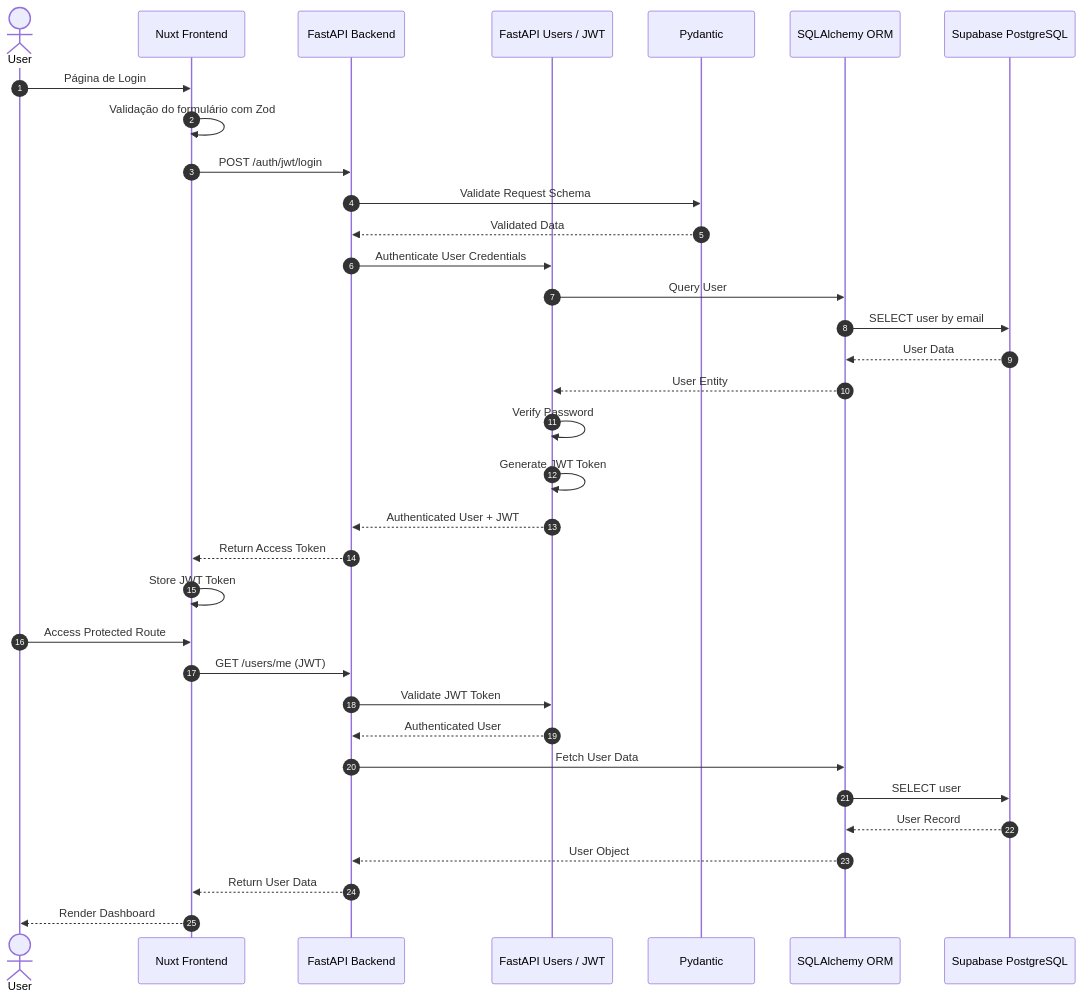
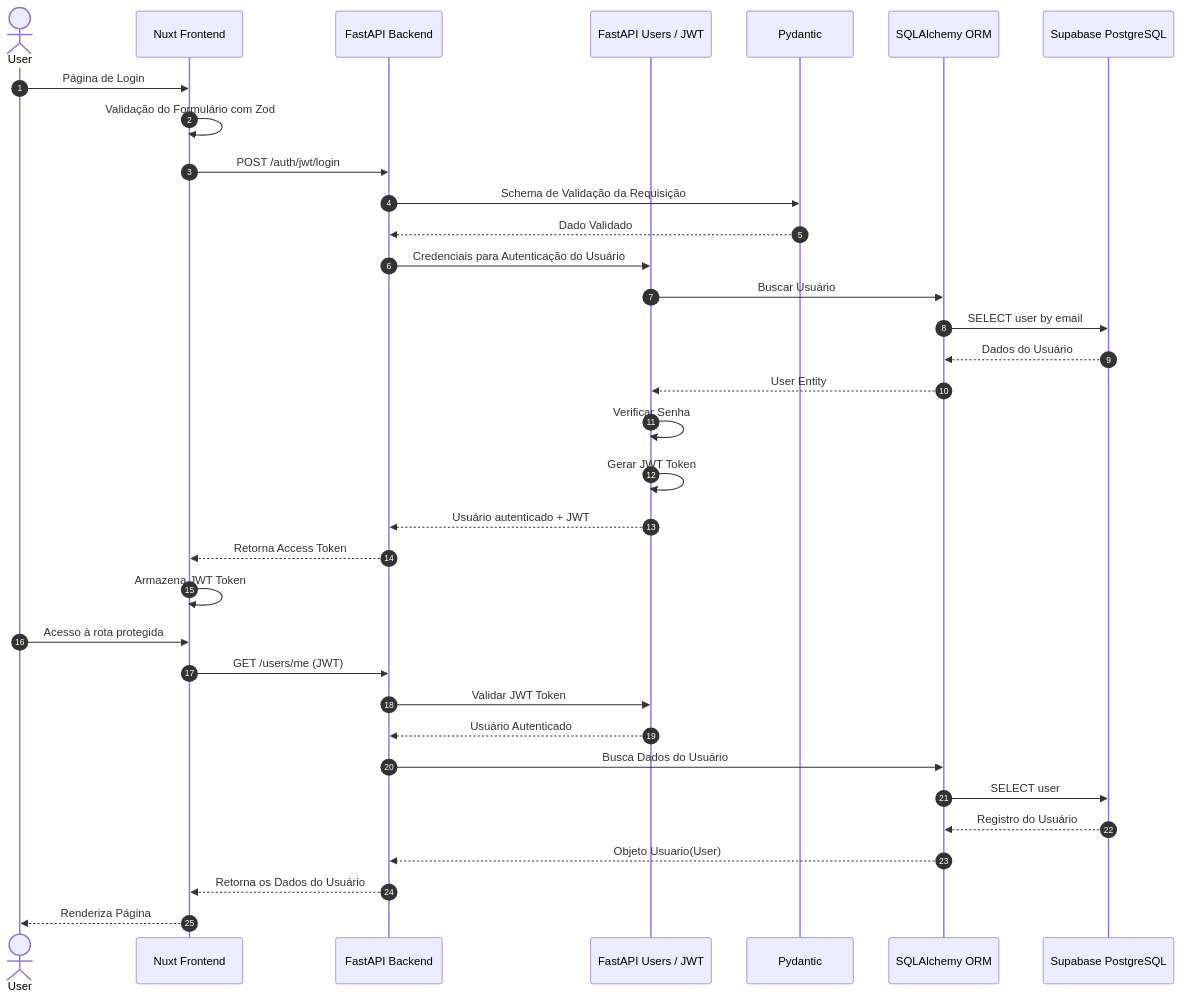
The second of 2 diagrams in README.md (rmcfdma/user_and_authentication_system), drawn with Mermaid before and after one commit.

````diff
--- a/README.md
+++ b/README.md
@@ -96,58 +96,58 @@
 ```mermaid
 sequenceDiagram
     autonumber
 
     actor User as User
     participant Frontend as Nuxt Frontend
     participant API as FastAPI Backend
     participant Auth as FastAPI Users / JWT
     participant Validation as Pydantic
     participant ORM as SQLAlchemy ORM
     participant DB as Supabase PostgreSQL
 
     %% =========================
     %% USER LOGIN FLOW
     %% =========================
 
     User->>Frontend: Página de Login
-    Frontend->>Frontend: Validação do formulário com Zod
+    Frontend->>Frontend: Validação do Formulário com Zod
 
     Frontend->>API: POST /auth/jwt/login
 
-    API->>Validation: Validate Request Schema
-    Validation-->>API: Validated Data
+    API->>Validation: Schema de Validação da Requisição
+    Validation-->>API: Dado Validado
 
-    API->>Auth: Authenticate User Credentials
+    API->>Auth: Credenciais para Autenticação do Usuário
 
-    Auth->>ORM: Query User
+    Auth->>ORM: Buscar Usuário
     ORM->>DB: SELECT user by email
-    DB-->>ORM: User Data
+    DB-->>ORM: Dados do Usuário
     ORM-->>Auth: User Entity
 
-    Auth->>Auth: Verify Password
-    Auth->>Auth: Generate JWT Token
+    Auth->>Auth: Verificar Senha
+    Auth->>Auth: Gerar JWT Token
 
-    Auth-->>API: Authenticated User + JWT
-    API-->>Frontend: Return Access Token
+    Auth-->>API: Usuário autenticado + JWT
+    API-->>Frontend: Retorna Access Token
 
-    Frontend->>Frontend: Store JWT Token
+    Frontend->>Frontend: Armazena JWT Token
 
     %% =========================
     %% AUTHENTICATED REQUEST
     %% =========================
 
-    User->>Frontend: Access Protected Route
+    User->>Frontend:Acesso à rota protegida
 
     Frontend->>API: GET /users/me (JWT)
 
-    API->>Auth: Validate JWT Token
-    Auth-->>API: Authenticated User
+    API->>Auth: Validar JWT Token
+    Auth-->>API: Usuário Autenticado
 
-    API->>ORM: Fetch User Data
+    API->>ORM: Busca Dados do Usuário
     ORM->>DB: SELECT user
-    DB-->>ORM: User Record
-    ORM-->>API: User Object
+    DB-->>ORM: Registro do Usuário
+    ORM-->>API: Objeto Usuario(User)
 
-    API-->>Frontend: Return User Data
-    Frontend-->>User: Render Dashboard
+    API-->>Frontend: Retorna os Dados do Usuário
+    Frontend-->>User: Renderiza Página
 ```
````
